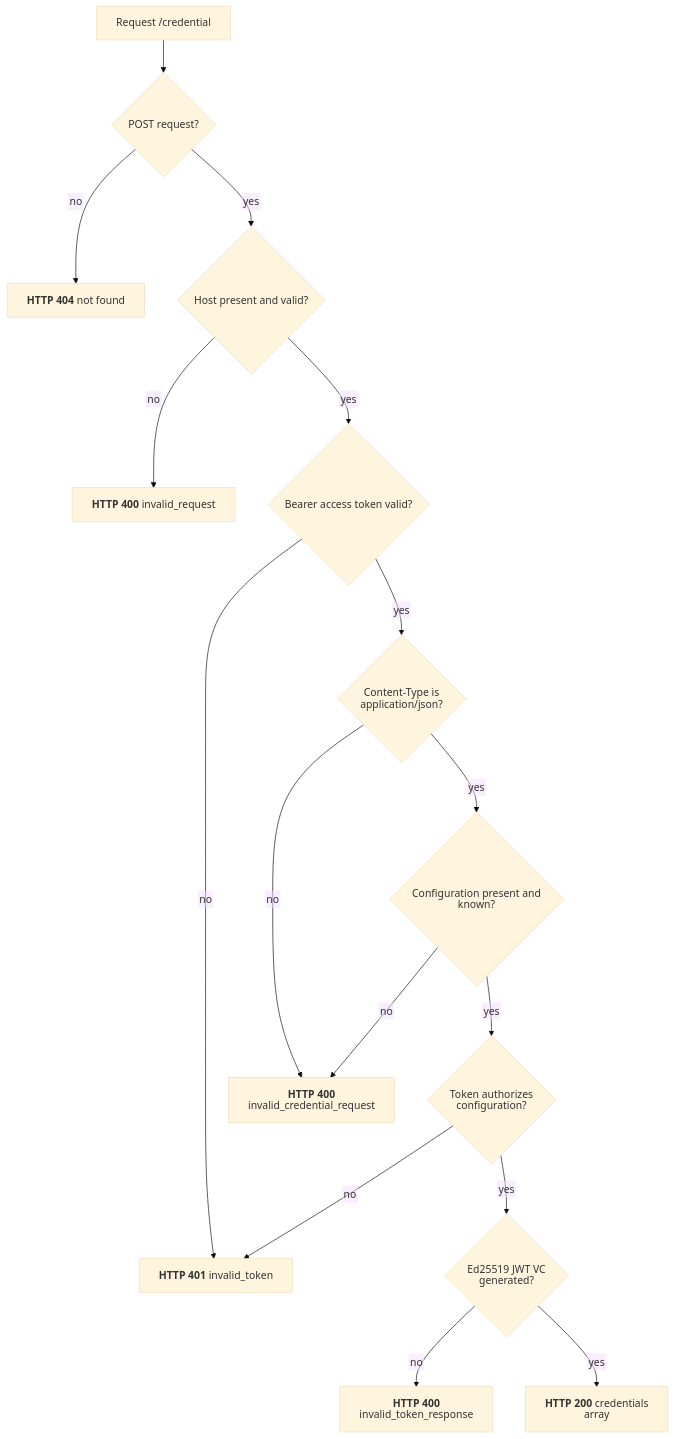
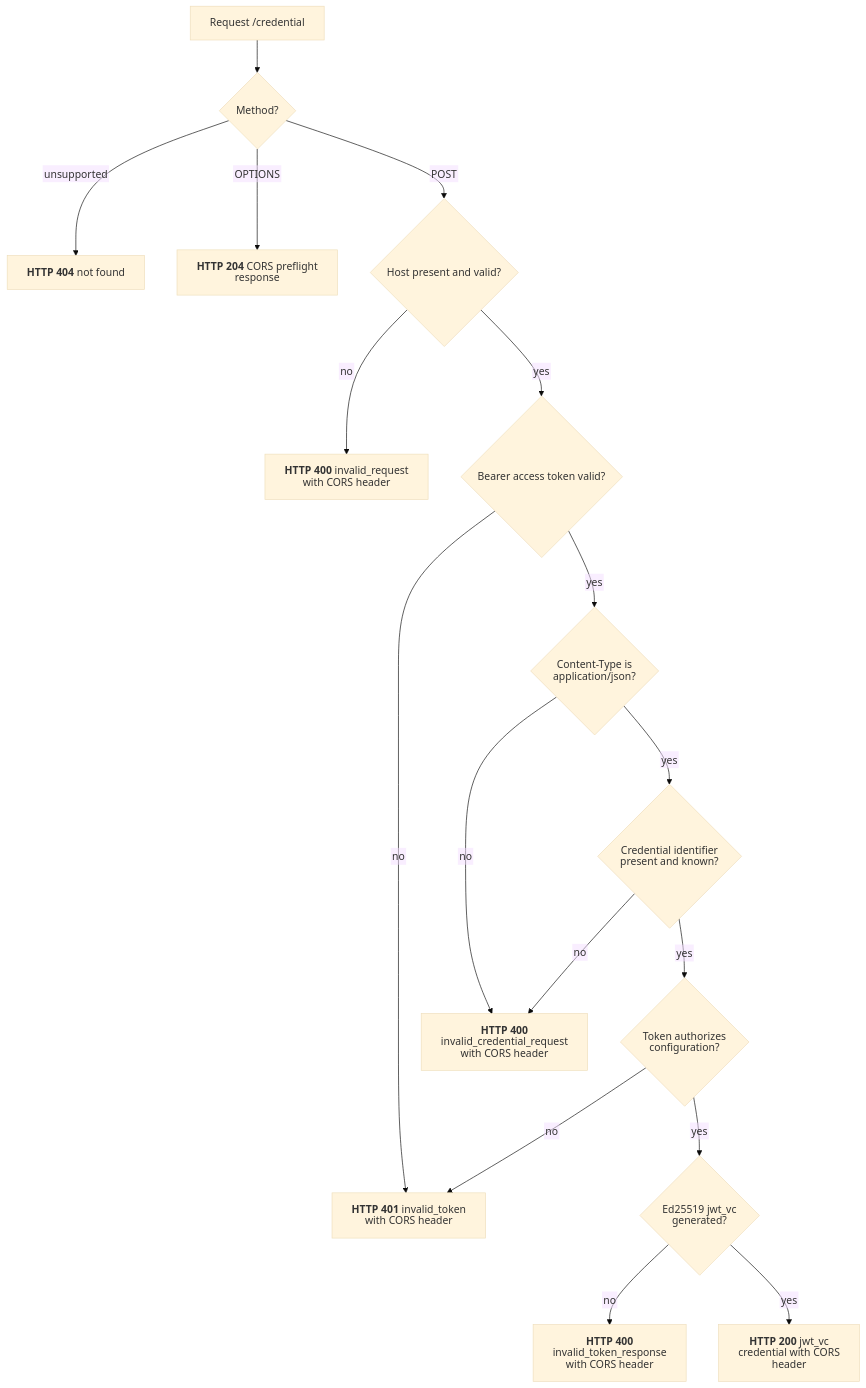
Before and after one commit to malach-it/kagome: the diagram in docs/flows/openid4vci/credential_endpoint.mmd, drawn with Mermaid (base theme). The commit also changed 21 other files, not shown here.

```diff
--- a/docs/flows/openid4vci/credential_endpoint.mmd
+++ b/docs/flows/openid4vci/credential_endpoint.mmd
@@ -1,17 +1,18 @@
 %%{init: {"htmlLabels": false, "flowchart": {"htmlLabels": false}}}%%
 flowchart TD
-    start[Request /credential] --> method{POST request?}
-    method -- no --> not_found["`**HTTP 404** not found`"]
-    method -- yes --> host{Host present and valid?}
-    host -- no --> request_error["`**HTTP 400** invalid_request`"]
+    start[Request /credential] --> method{Method?}
+    method -- unsupported --> not_found["`**HTTP 404** not found`"]
+    method -- OPTIONS --> preflight["`**HTTP 204** CORS preflight response`"]
+    method -- POST --> host{Host present and valid?}
+    host -- no --> request_error["`**HTTP 400** invalid_request with CORS header`"]
     host -- yes --> bearer{Bearer access token valid?}
-    bearer -- no --> bearer_error["`**HTTP 401** invalid_token`"]
+    bearer -- no --> bearer_error["`**HTTP 401** invalid_token with CORS header`"]
     bearer -- yes --> media{Content-Type is application/json?}
-    media -- no --> credential_error["`**HTTP 400** invalid_credential_request`"]
-    media -- yes --> configuration{Configuration present and known?}
+    media -- no --> credential_error["`**HTTP 400** invalid_credential_request with CORS header`"]
+    media -- yes --> configuration{Credential identifier present and known?}
     configuration -- no --> credential_error
     configuration -- yes --> authorized{Token authorizes configuration?}
     authorized -- no --> bearer_error
-    authorized -- yes --> generate{Ed25519 JWT VC generated?}
-    generate -- no --> generation_error["`**HTTP 400** invalid_token_response`"]
-    generate -- yes --> success["`**HTTP 200** credentials array`"]
+    authorized -- yes --> generate{Ed25519 jwt_vc generated?}
+    generate -- no --> generation_error["`**HTTP 400** invalid_token_response with CORS header`"]
+    generate -- yes --> success["`**HTTP 200** jwt_vc credential with CORS header`"]
```
